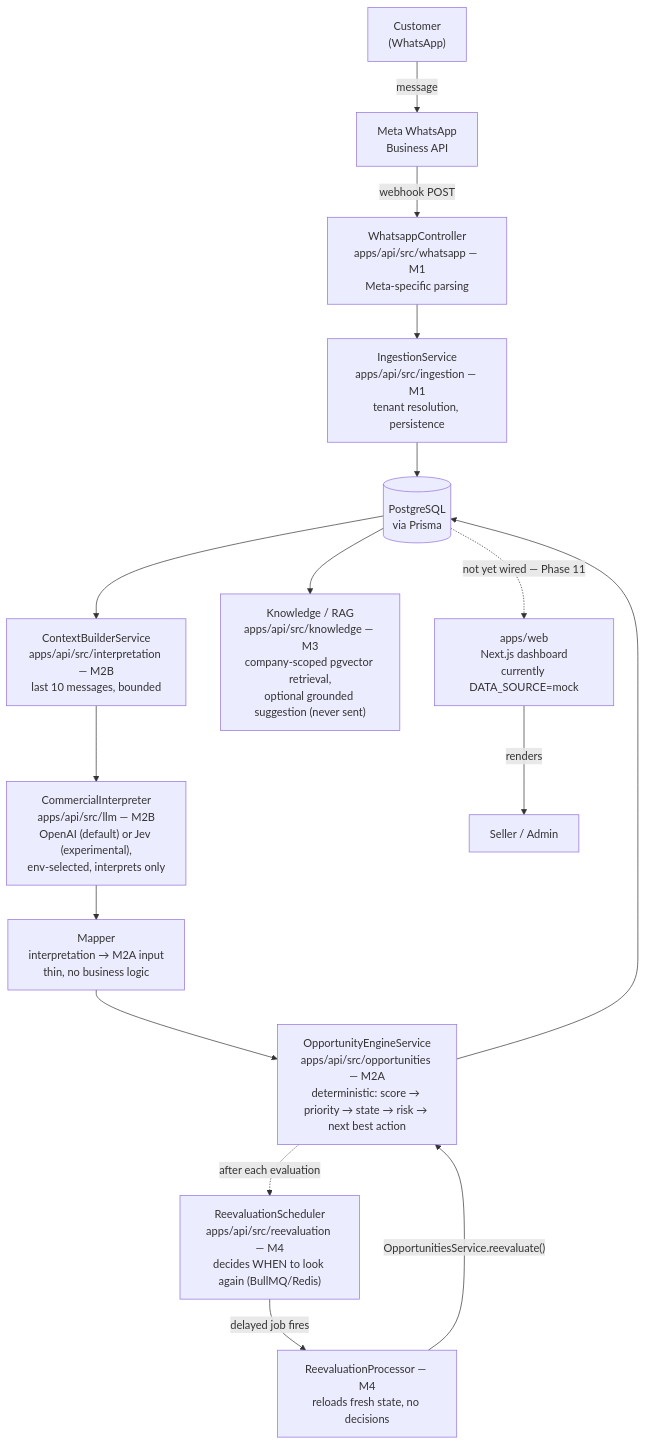
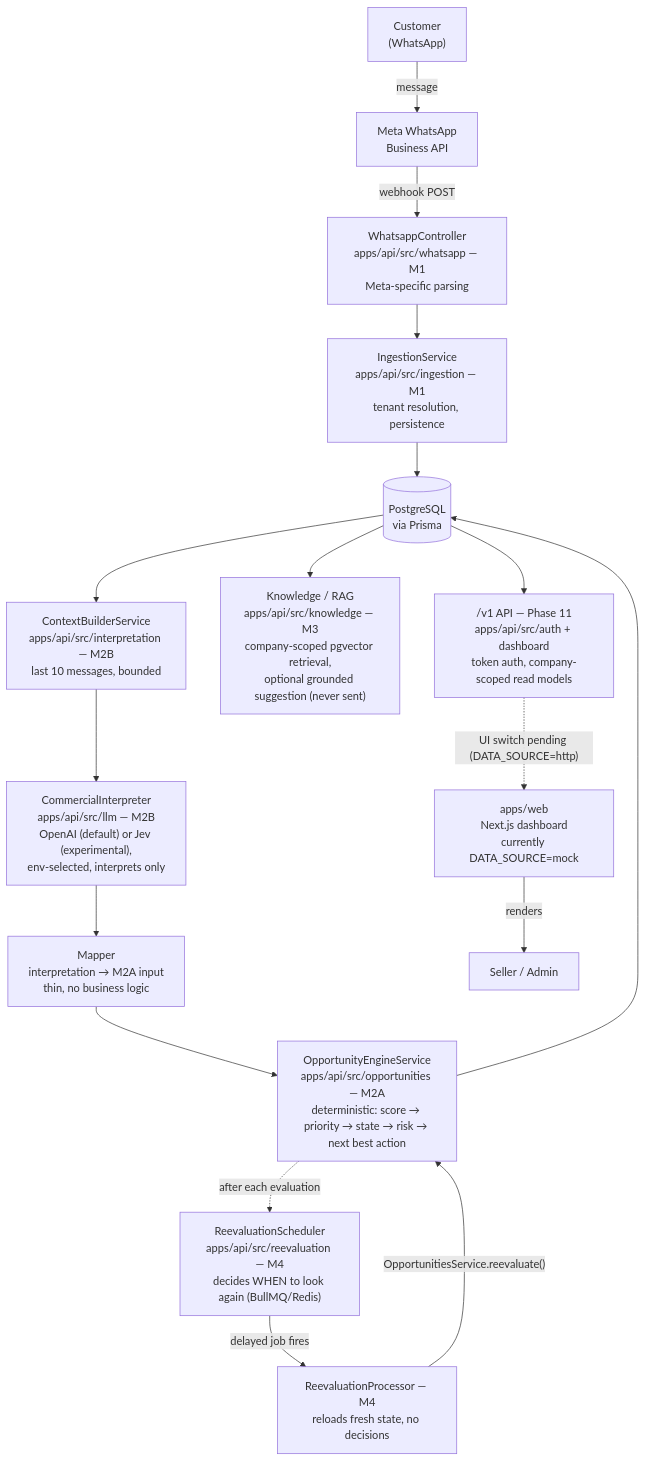
One commit to keom-code/keom-platform changed the diagram in docs/SYSTEM.md. Above: the diagram before and after it, drawn with Mermaid. The commit also changed other lines of this file and 34 other files, not shown here.

First line of the commit message:
Phase 11 backend: users, token auth and /v1 dashboard API for apps/web

````diff
--- a/docs/SYSTEM.md
+++ b/docs/SYSTEM.md
@@ -20,21 +20,22 @@
 ```mermaid
 flowchart TD
     Customer["Customer<br/>(WhatsApp)"] -->|message| Meta["Meta WhatsApp<br/>Business API"]
     Meta -->|webhook POST| Webhook["WhatsappController<br/>apps/api/src/whatsapp — M1<br/>Meta-specific parsing"]
     Webhook --> Ingestion["IngestionService<br/>apps/api/src/ingestion — M1<br/>tenant resolution, persistence"]
     Ingestion --> DB[("PostgreSQL<br/>via Prisma")]
 
     DB --> ContextBuilder["ContextBuilderService<br/>apps/api/src/interpretation — M2B<br/>last 10 messages, bounded"]
     ContextBuilder --> LLM["CommercialInterpreter<br/>apps/api/src/llm — M2B<br/>OpenAI (default) or Jev (experimental),<br/>env-selected, interprets only"]
     LLM --> Mapper["Mapper<br/>interpretation → M2A input<br/>thin, no business logic"]
     Mapper --> Engine["OpportunityEngineService<br/>apps/api/src/opportunities — M2A<br/>deterministic: score → priority → state → risk → next best action"]
     Engine --> DB
     Engine -.->|"after each evaluation"| Scheduler["ReevaluationScheduler<br/>apps/api/src/reevaluation — M4<br/>decides WHEN to look again (BullMQ/Redis)"]
     Scheduler -->|"delayed job fires"| Worker["ReevaluationProcessor — M4<br/>reloads fresh state, no decisions"]
     Worker -->|"OpportunitiesService.reevaluate()"| Engine
 
     DB --> Knowledge["Knowledge / RAG<br/>apps/api/src/knowledge — M3<br/>company-scoped pgvector retrieval,<br/>optional grounded suggestion (never sent)"]
 
-    DB -.->|"not yet wired — Phase 11"| WebApp["apps/web<br/>Next.js dashboard<br/>currently DATA_SOURCE=mock"]
+    DB --> V1["/v1 API — Phase 11<br/>apps/api/src/auth + dashboard<br/>token auth, company-scoped read models"]
+    V1 -.->|"UI switch pending (DATA_SOURCE=http)"| WebApp["apps/web<br/>Next.js dashboard<br/>currently DATA_SOURCE=mock"]
     WebApp -->|renders| Seller["Seller / Admin"]
 ```
````
